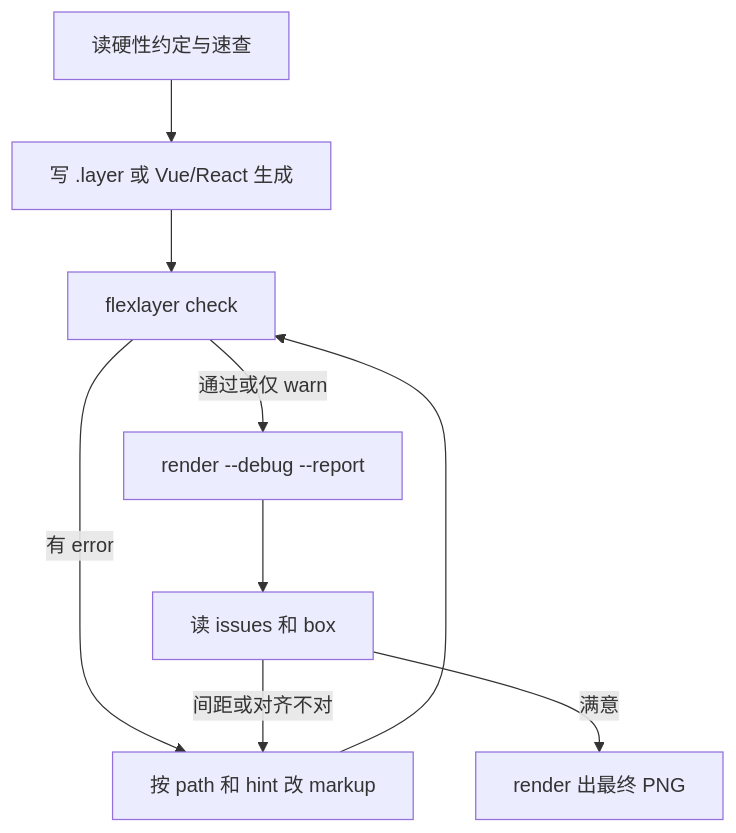
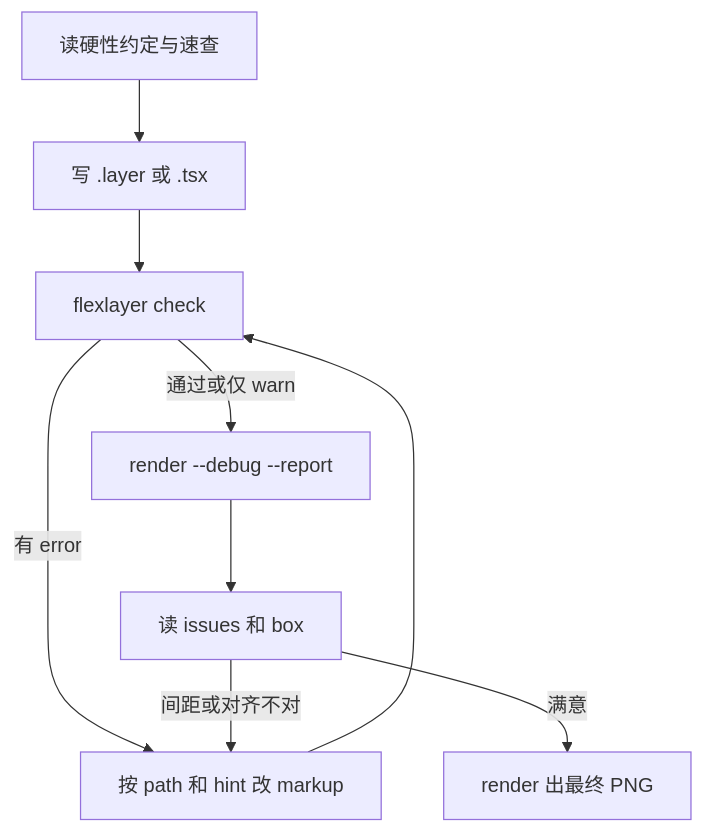
The diagram in AGENTS.md (ruochi/flexlayer), drawn with Mermaid before and after one commit. The commit also changed other lines of this file and 35 other files, not shown here.

First line of the commit message:
refactor: 去掉 Vue 和 React 生成层，只保留 .tsx

````diff
--- a/AGENTS.md
+++ b/AGENTS.md
@@ -90,11 +88,11 @@
 ```mermaid
 flowchart TD
-  readSpec[读硬性约定与速查] --> write[写 .layer 或 Vue/React 生成]
+  readSpec[读硬性约定与速查] --> write[写 .layer 或 .tsx]
   write --> check[flexlayer check]
   check -->|有 error| fix[按 path 和 hint 改 markup]
   fix --> check
   check -->|通过或仅 warn| debug["render --debug --report"]
   debug --> readReport[读 issues 和 box]
   readReport -->|间距或对齐不对| fix
   readReport -->|满意| render[render 出最终 PNG]
 ```
````
